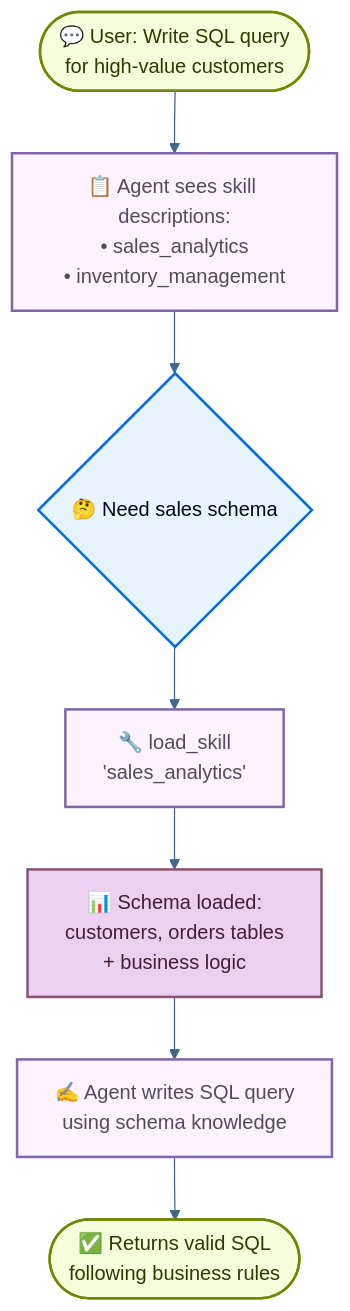
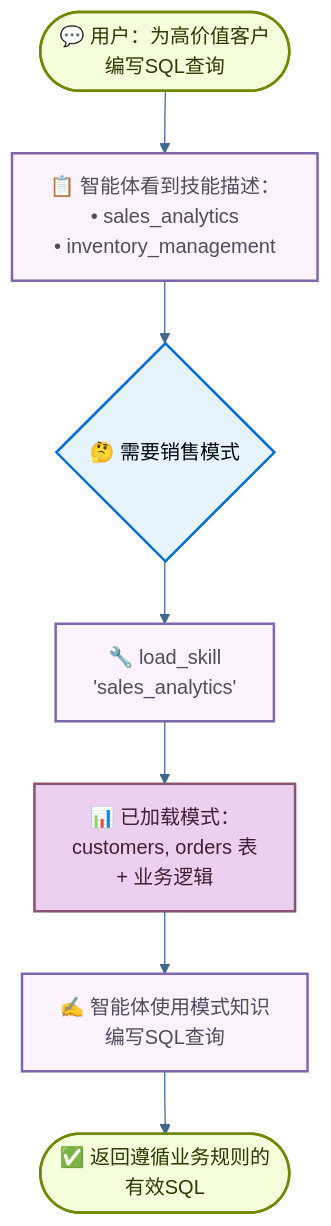
The diagram in oss/javascript/langchain/multi-agent/skills-sql-assistant.mdx (kunfan96/cndocs-langchain), drawn with Mermaid before and after one commit. The commit also changed other lines of this file and 2498 other files, not shown here.

````diff
--- a/oss/javascript/langchain/multi-agent/skills-sql-assistant.mdx
+++ b/oss/javascript/langchain/multi-agent/skills-sql-assistant.mdx
@@ -27,26 +27,26 @@
 ```mermaid
 %%{init: {'theme':'base', 'themeVariables': { 'primaryColor':'#E5F4FF','primaryTextColor':'#030710','primaryBorderColor':'#006DDD','lineColor':'#40668D','secondaryColor':'#F6FFDB','tertiaryColor':'#FDF3FF','tertiaryBorderColor':'#7E65AE','tertiaryTextColor':'#504B5F'}}}%%
 flowchart TD
-    Start([💬 User: Write SQL query<br/>for high-value customers]) --> SystemPrompt[📋 Agent sees skill descriptions:<br/>• sales_analytics<br/>• inventory_management]
+    Start([💬 用户：为高价值客户<br/>编写SQL查询]) --> SystemPrompt[📋 智能体看到技能描述：<br/>• sales_analytics<br/>• inventory_management]
 
-    SystemPrompt --> Decide{🤔 Need sales schema}
+    SystemPrompt --> Decide{🤔 需要销售模式}
 
     Decide --> LoadSkill[🔧 load_skill<br/>'sales_analytics']
 
-    LoadSkill --> Schema[📊 Schema loaded:<br/>customers, orders tables<br/>+ business logic]
+    LoadSkill --> Schema[📊 已加载模式：<br/>customers, orders 表<br/>+ 业务逻辑]
 
-    Schema --> WriteQuery[✍️ Agent writes SQL query<br/>using schema knowledge]
+    Schema --> WriteQuery[✍️ 智能体使用模式知识<br/>编写SQL查询]
 
-    WriteQuery --> Response([✅ Returns valid SQL<br/>following business rules])
+    WriteQuery --> Response([✅ 返回遵循业务规则的<br/>有效SQL])
 
-    %% Styling for light and dark modes
+    %% 用于浅色和深色模式的样式
     classDef startEnd fill:#F6FFDB,stroke:#6E8900,stroke-width:2px,color:#2E3900
     classDef process fill:#FDF3FF,stroke:#7E65AE,stroke-width:2px,color:#504B5F
     classDef decision fill:#E5F4FF,stroke:#006DDD,stroke-width:2px,color:#030710
     classDef enrichment fill:#EBD0F0,stroke:#885270,stroke-width:2px,color:#441E33
 
     class Start,Response startEnd
     class SystemPrompt,LoadSkill,WriteQuery process
     class Decide decision
     class Schema enrichment
 ```
````
